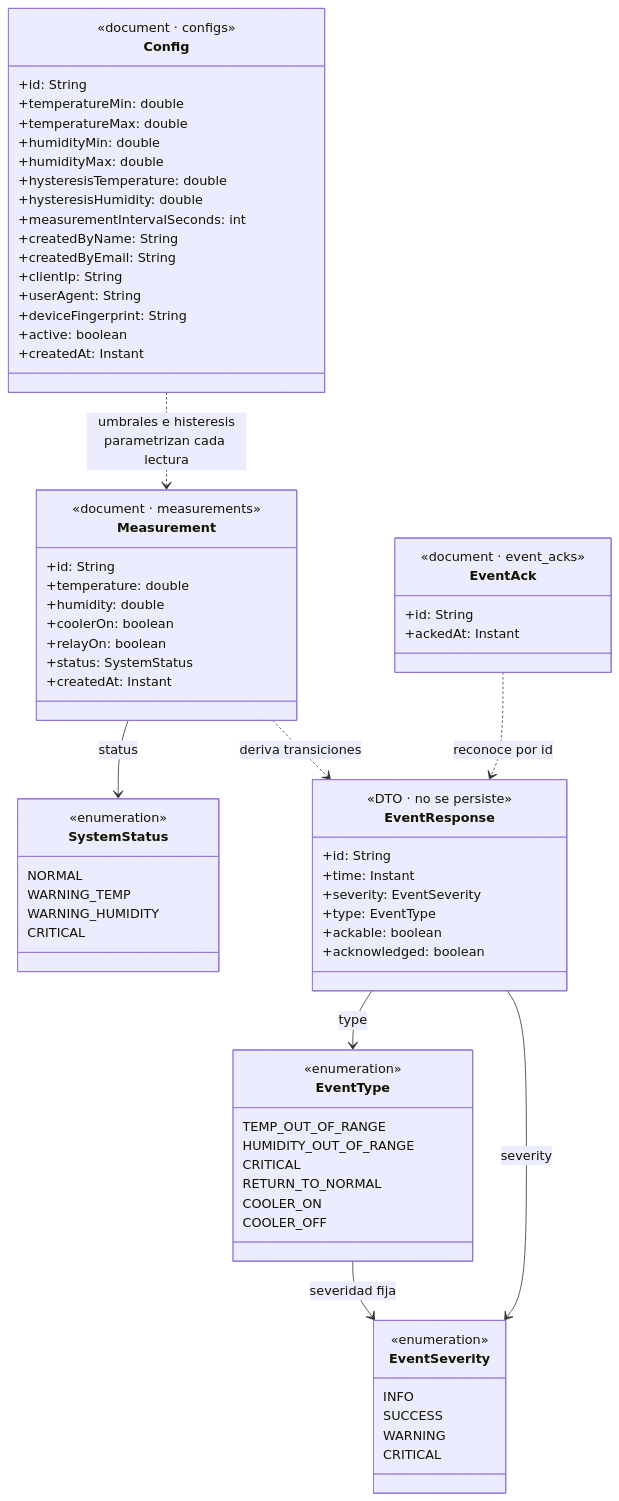
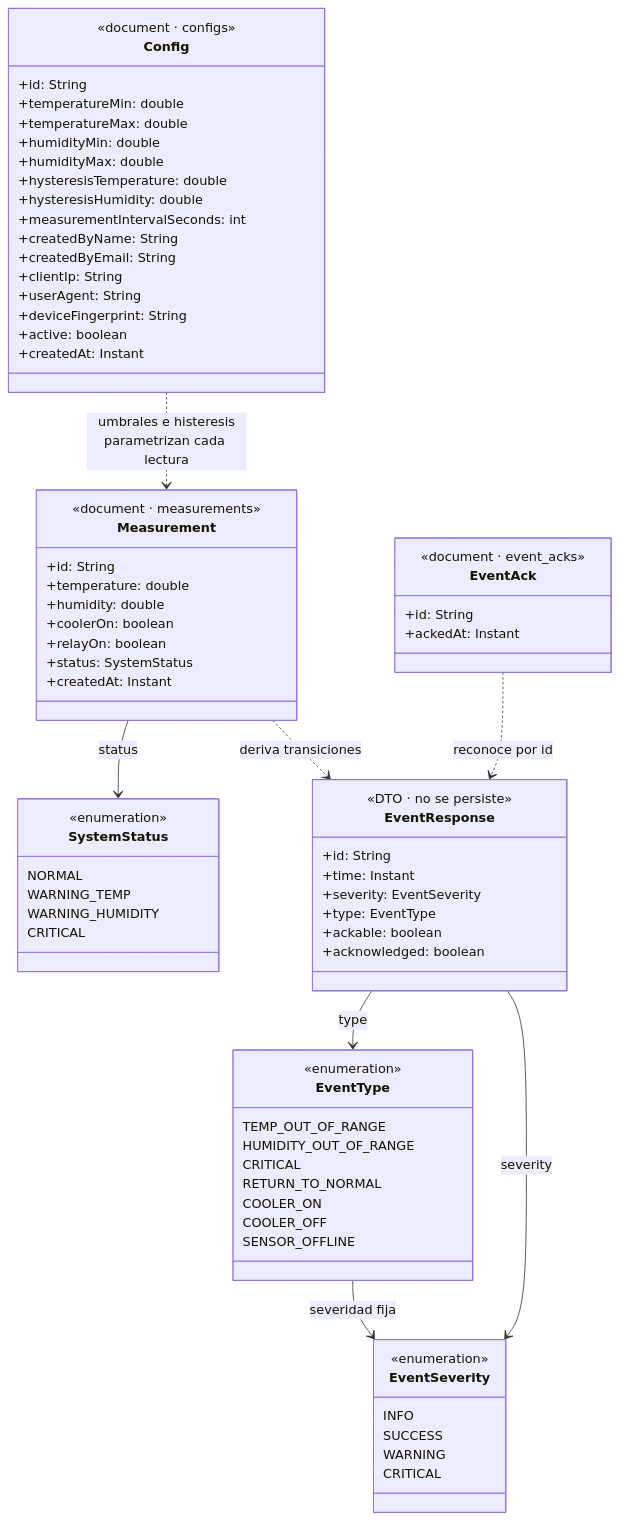
One commit to andinogabriel/plc-control-backend changed the tenth of 11 diagrams in README.md. Above: the diagram before and after it, drawn with Mermaid. The commit also changed other lines of this file and 13 other files, not shown here.

First line of the commit message:
feat(sensor): detect Raspberry offline — status endpoint + derived SENSOR_OFFLINE alarm (#53)

````diff
--- a/README.md
+++ b/README.md
@@ -512,76 +523,77 @@
 ```mermaid
 classDiagram
     class Config {
         <<document · configs>>
         +id: String
         +temperatureMin: double
         +temperatureMax: double
         +humidityMin: double
         +humidityMax: double
         +hysteresisTemperature: double
         +hysteresisHumidity: double
         +measurementIntervalSeconds: int
         +createdByName: String
         +createdByEmail: String
         +clientIp: String
         +userAgent: String
         +deviceFingerprint: String
         +active: boolean
         +createdAt: Instant
     }
     class Measurement {
         <<document · measurements>>
         +id: String
         +temperature: double
         +humidity: double
         +coolerOn: boolean
         +relayOn: boolean
         +status: SystemStatus
         +createdAt: Instant
     }
     class EventAck {
         <<document · event_acks>>
         +id: String
         +ackedAt: Instant
     }
     class EventResponse {
         <<DTO · no se persiste>>
         +id: String
         +time: Instant
         +severity: EventSeverity
         +type: EventType
         +ackable: boolean
         +acknowledged: boolean
     }
     class SystemStatus {
         <<enumeration>>
         NORMAL
         WARNING_TEMP
         WARNING_HUMIDITY
         CRITICAL
     }
     class EventType {
         <<enumeration>>
         TEMP_OUT_OF_RANGE
         HUMIDITY_OUT_OF_RANGE
         CRITICAL
         RETURN_TO_NORMAL
         COOLER_ON
         COOLER_OFF
+        SENSOR_OFFLINE
     }
     class EventSeverity {
         <<enumeration>>
         INFO
         SUCCESS
         WARNING
         CRITICAL
     }
 
     Config ..> Measurement : umbrales e histeresis<br/>parametrizan cada lectura
     Measurement --> SystemStatus : status
     Measurement ..> EventResponse : deriva transiciones
     EventAck ..> EventResponse : reconoce por id
     EventResponse --> EventType : type
     EventResponse --> EventSeverity : severity
     EventType --> EventSeverity : severidad fija
 ```
````
